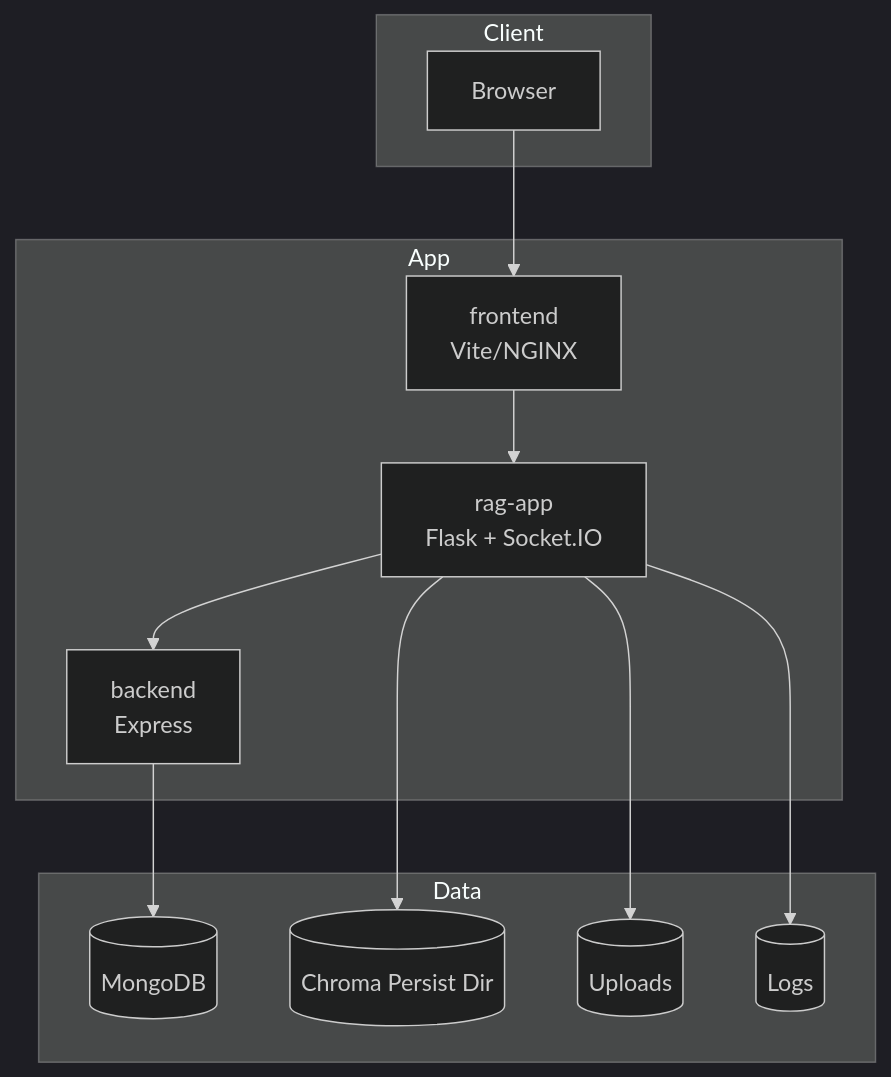
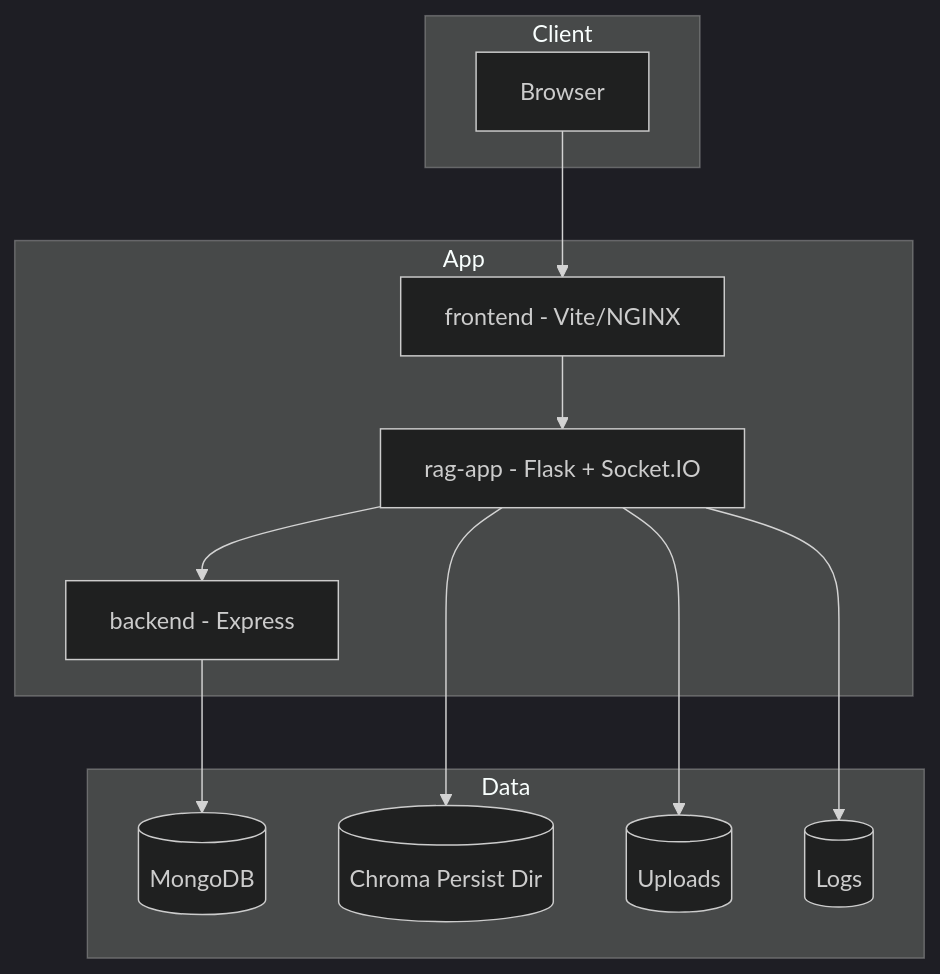
The third of 10 diagrams in README.md (yamposskype/AI-RAG-LangChain), drawn with Mermaid (dark theme) before and after one commit. The commit also changed other lines of this file and 11 other files, not shown here.

````diff
--- a/README.md
+++ b/README.md
@@ -224,27 +224,27 @@
 ```mermaid
 graph TB
   subgraph Client
     Browser[Browser]
   end
 
   subgraph App
-    FE[frontend\nVite/NGINX]
-    RAG[rag-app\nFlask + Socket.IO]
-    BE[backend\nExpress]
+    FE[frontend - Vite/NGINX]
+    RAG[rag-app - Flask + Socket.IO]
+    BE[backend - Express]
   end
 
   subgraph Data
     Mongo[(MongoDB)]
     Chroma[(Chroma Persist Dir)]
     Uploads[(Uploads)]
     Logs[(Logs)]
   end
 
   Browser --> FE
   FE --> RAG
   RAG --> BE
   BE --> Mongo
   RAG --> Chroma
   RAG --> Uploads
   RAG --> Logs
 ```
````
